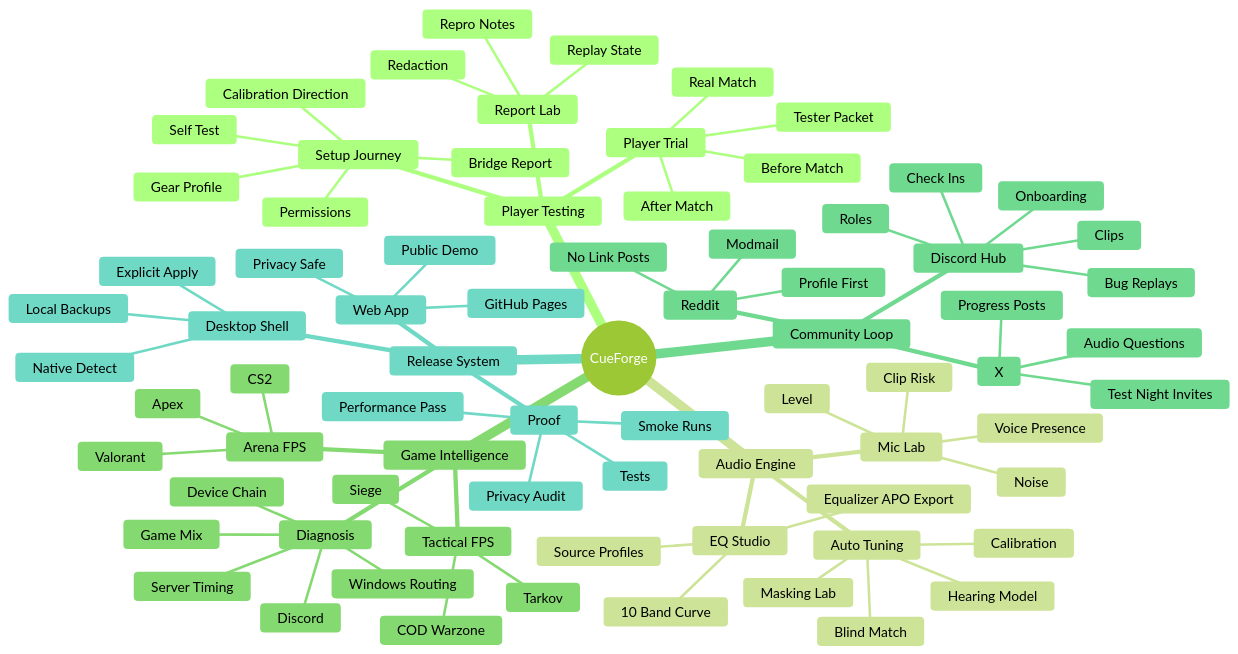
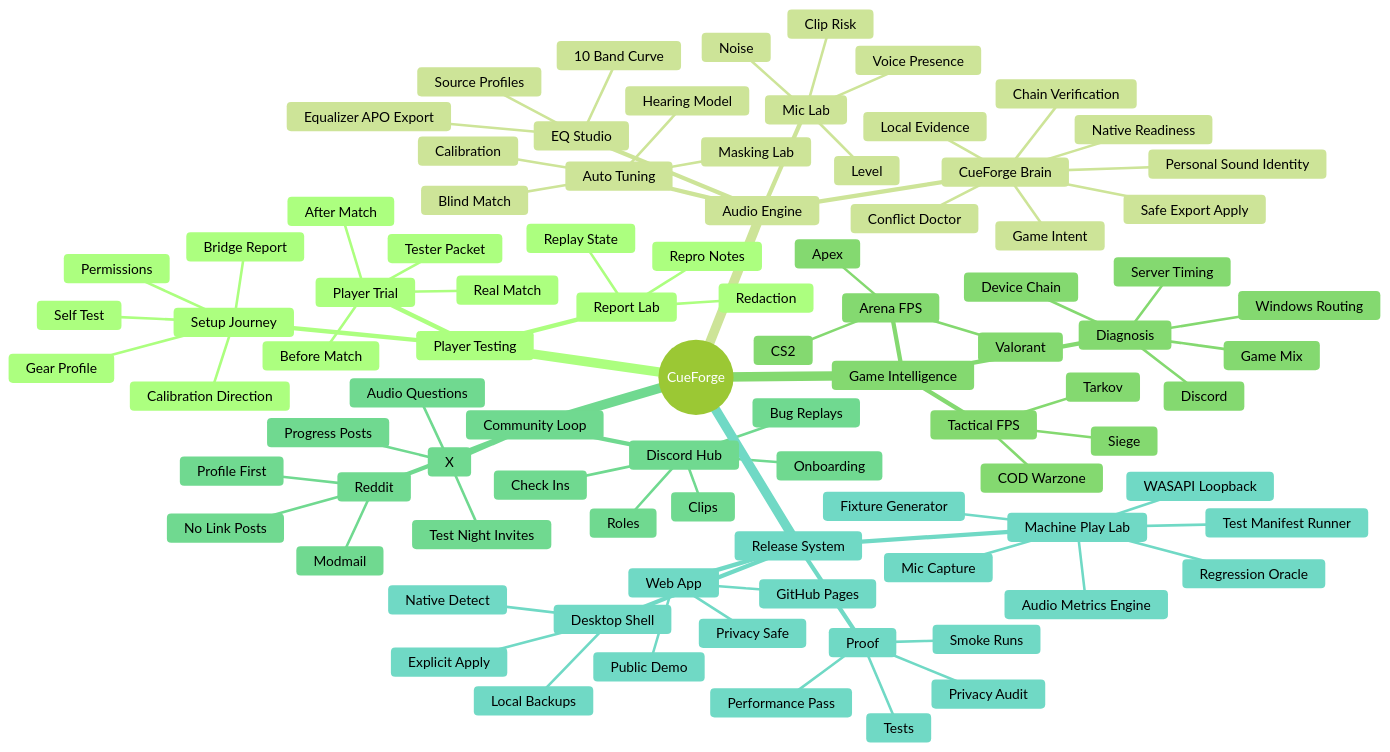
One commit to P4ND4907/cueforge changed the diagram in docs/MASTER_PLAN.md. Above: the diagram before and after it, drawn with Mermaid (forest theme). The commit also changed other lines of this file and 451 other files, not shown here.

```diff
--- a/docs/MASTER_PLAN.md
+++ b/docs/MASTER_PLAN.md
@@ -26,6 +59,14 @@
         Replay State
         Repro Notes
     Audio Engine
+      CueForge Brain
+        Chain Verification
+        Personal Sound Identity
+        Conflict Doctor
+        Game Intent
+        Safe Export Apply
+        Local Evidence
+        Native Readiness
       Mic Lab
         Level
         Noise
@@ -79,6 +120,13 @@
         Native Detect
         Explicit Apply
         Local Backups
+      Machine Play Lab
+        Test Manifest Runner
+        Fixture Generator
+        WASAPI Loopback
+        Mic Capture
+        Audio Metrics Engine
+        Regression Oracle
       Proof
         Tests
         Smoke Runs
```
